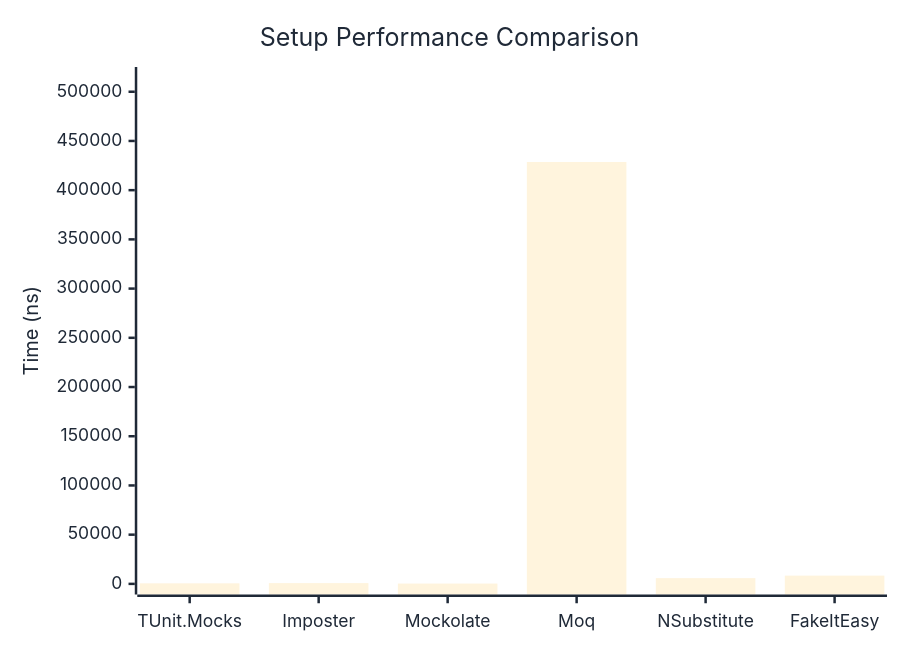
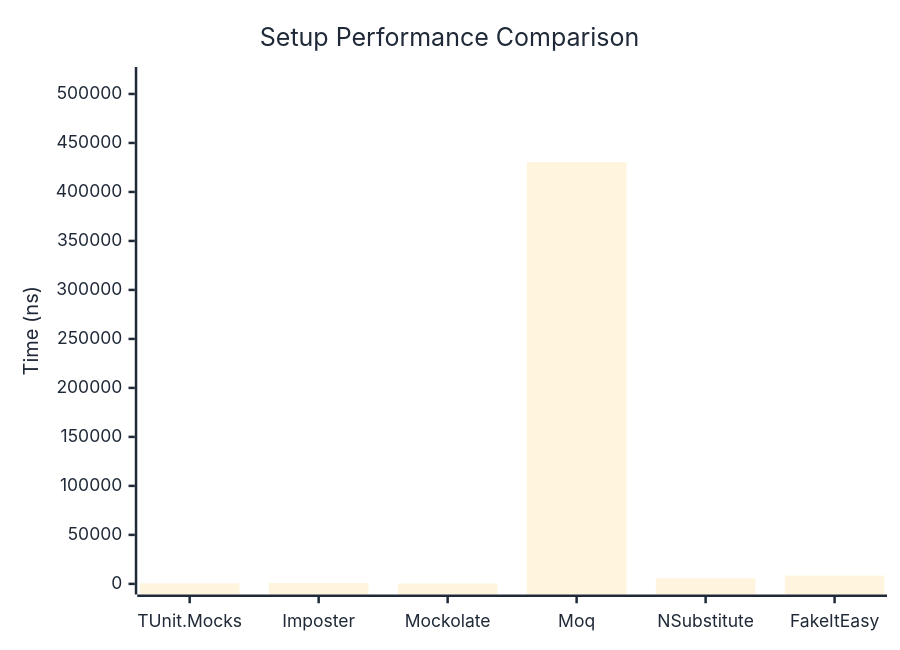
The first of 2 diagrams in docs/docs/benchmarks/mocks/Setup.md (thomhurst/TUnit), drawn with Mermaid before and after one commit. The commit also changed other lines of this file and 14 other files, not shown here.

````diff
--- a/docs/docs/benchmarks/mocks/Setup.md
+++ b/docs/docs/benchmarks/mocks/Setup.md
@@ -30,27 +30,27 @@
 ```mermaid
 %%{init: {
   'theme':'base',
   'themeVariables': {
     'primaryColor': '#2563eb',
     'primaryTextColor': '#1f2937',
     'primaryBorderColor': '#1e40af',
     'lineColor': '#6b7280',
     'secondaryColor': '#7c3aed',
     'tertiaryColor': '#dc2626',
     'background': '#ffffff',
     'pie1': '#2563eb',
     'pie2': '#7c3aed',
     'pie3': '#dc2626',
     'pie4': '#f59e0b',
     'pie5': '#10b981',
     'pie6': '#06b6d4',
     'pie7': '#ec4899',
     'pie8': '#6366f1'
   }
 }}%%
 xychart-beta
   title "Setup Performance Comparison"
   x-axis ["TUnit.Mocks", "Imposter", "Mockolate", "Moq", "NSubstitute", "FakeItEasy"]
-  y-axis "Time (ns)" 0 --> 514337
-  bar [551.8, 780.8, 314.7, 428613.5, 5821.3, 8395.8]
+  y-axis "Time (ns)" 0 --> 516667
+  bar [547.6, 806.3, 326.9, 430555.5, 5827.4, 8445.5]
 ```
````
